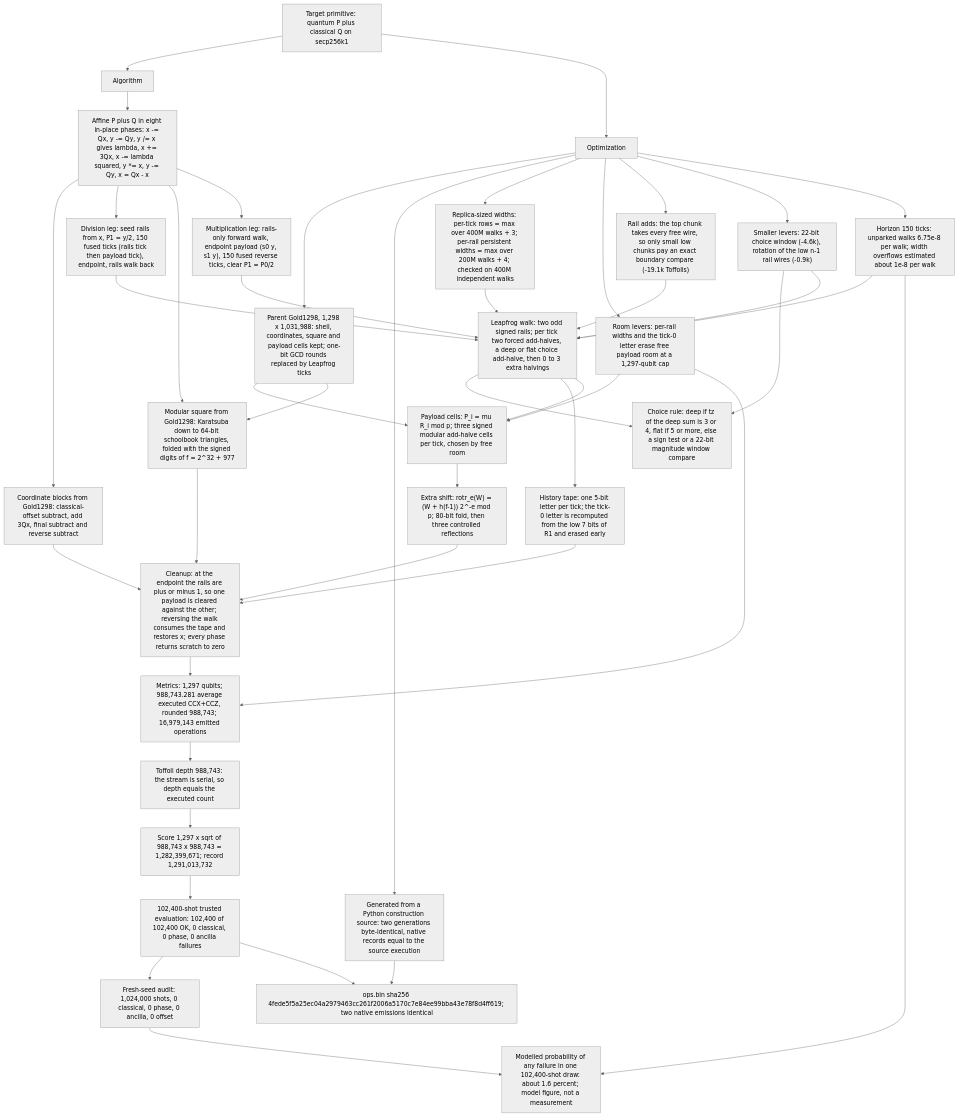
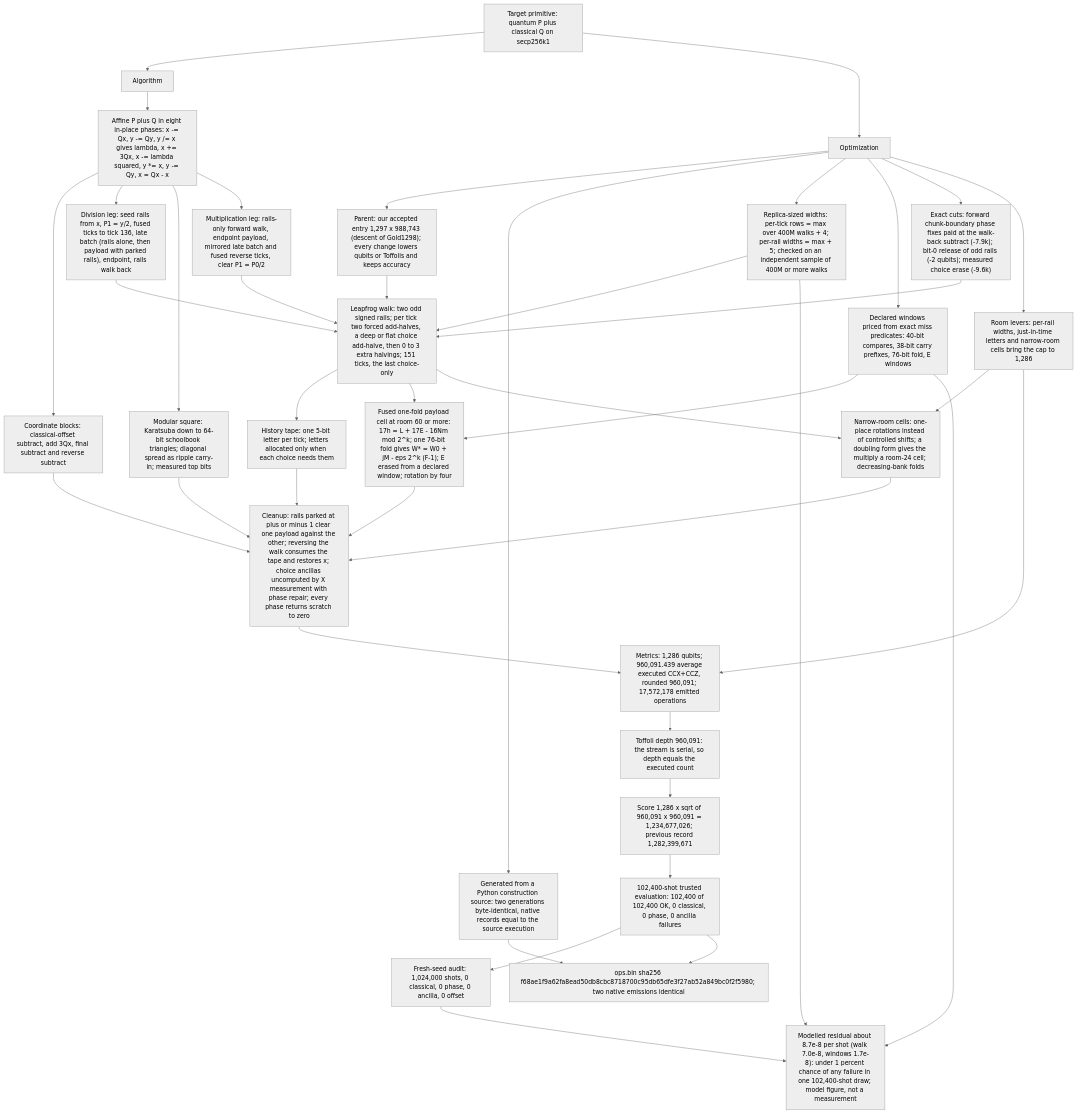
Before and after one commit to ecdlp-contest/ecdlp-point-add: the diagram in src/point_add/architecture.mmd, drawn with Mermaid (neutral theme). The commit also changed 2 other files, not shown here.

```diff
--- a/src/point_add/architecture.mmd
+++ b/src/point_add/architecture.mmd
@@ -1,81 +1,76 @@
 flowchart TD
   Target["Target primitive: quantum P plus classical Q on secp256k1"]
   Algorithm["Algorithm"]
   Optimization["Optimization"]
 
   Target --> Algorithm
   Target --> Optimization
 
   %% Algorithm: the reversible point-add construction
   Phases["Affine P plus Q in eight in-place phases: x -= Qx, y -= Qy, y /= x gives lambda, x += 3Qx, x -= lambda squared, y *= x, y -= Qy, x = Qx - x"]
-  Coord["Coordinate blocks from Gold1298: classical-offset subtract, add 3Qx, final subtract and reverse subtract"]
-  Square["Modular square from Gold1298: Karatsuba down to 64-bit schoolbook triangles, folded with the signed digits of f = 2^32 + 977"]
-  DivLeg["Division leg: seed rails from x, P1 = y/2, 150 fused ticks (rails tick then payload tick), endpoint, rails walk back"]
-  MulLeg["Multiplication leg: rails-only forward walk, endpoint payload (s0 y, s1 y), 150 fused reverse ticks, clear P1 = P0/2"]
-  Walk["Leapfrog walk: two odd signed rails; per tick two forced add-halves, a deep or flat choice add-halve, then 0 to 3 extra halvings"]
-  Choice["Choice rule: deep if tz of the deep sum is 3 or 4, flat if 5 or more, else a sign test or a 22-bit magnitude window compare"]
-  Tape["History tape: one 5-bit letter per tick; the tick-0 letter is recomputed from the low 7 bits of R1 and erased early"]
-  Cells["Payload cells: P_i = mu R_i mod p; three signed modular add-halve cells per tick, chosen by free room"]
-  Rot["Extra shift: rotr_e(W) = (W + h(f-1)) 2^-e mod p; 80-bit fold, then three controlled reflections"]
-  Cleanup["Cleanup: at the endpoint the rails are plus or minus 1, so one payload is cleared against the other; reversing the walk consumes the tape and restores x; every phase returns scratch to zero"]
+  Coord["Coordinate blocks: classical-offset subtract, add 3Qx, final subtract and reverse subtract"]
+  Square["Modular square: Karatsuba down to 64-bit schoolbook triangles; diagonal spread as ripple carry-in; measured top bits"]
+  DivLeg["Division leg: seed rails from x, P1 = y/2, fused ticks to tick 136, late batch (rails alone, then payload with parked rails), endpoint, rails walk back"]
+  MulLeg["Multiplication leg: rails-only forward walk, endpoint payload, mirrored late batch and fused reverse ticks, clear P1 = P0/2"]
+  Walk["Leapfrog walk: two odd signed rails; per tick two forced add-halves, a deep or flat choice add-halve, then 0 to 3 extra halvings; 151 ticks, the last choice-only"]
+  Tape["History tape: one 5-bit letter per tick; letters allocated only when each choice needs them"]
+  Fused["Fused one-fold payload cell at room 60 or more: 17h = L + 17E - 16Nm mod 2^k; one 76-bit fold gives W* = W0 + jM - eps 2^k (F-1); E erased from a declared window; rotation by four"]
+  Narrow["Narrow-room cells: one-place rotations instead of controlled shifts; a doubling form gives the multiply a room-24 cell; decreasing-bank folds"]
+  Cleanup["Cleanup: rails parked at plus or minus 1 clear one payload against the other; reversing the walk consumes the tape and restores x; choice ancillas uncomputed by X measurement with phase repair; every phase returns scratch to zero"]
 
   Algorithm --> Phases
   Phases --> Coord
   Phases --> DivLeg
   Phases --> Square
   Phases --> MulLeg
   DivLeg --> Walk
   MulLeg --> Walk
-  Walk --> Choice
   Walk --> Tape
-  Walk --> Cells
-  Cells --> Rot
+  Walk --> Fused
+  Walk --> Narrow
   Tape --> Cleanup
-  Rot --> Cleanup
+  Fused --> Cleanup
+  Narrow --> Cleanup
   Coord --> Cleanup
   Square --> Cleanup
 
   %% Optimization: score and reliability decisions
-  Parent["Parent Gold1298, 1,298 x 1,031,988: shell, coordinates, square and payload cells kept; one-bit GCD rounds replaced by Leapfrog ticks"]
+  Parent["Parent: our accepted entry 1,297 x 988,743 (descent of Gold1298); every change lowers qubits or Toffolis and keeps accuracy"]
   Source["Generated from a Python construction source: two generations byte-identical, native records equal to the source execution"]
-  Rows["Replica-sized widths: per-tick rows = max over 400M walks + 3; per-rail persistent widths = max over 200M walks + 4; checked on 400M independent walks"]
-  Room["Room levers: per-rail widths and the tick-0 letter erase free payload room at a 1,297-qubit cap"]
-  Chunks["Rail adds: the top chunk takes every free wire, so only small low chunks pay an exact boundary compare (-19.1k Toffolis)"]
-  Small["Smaller levers: 22-bit choice window (-4.6k), rotation of the low n-1 rail wires (-0.9k)"]
-  Horizon["Horizon 150 ticks: unparked walks 6.75e-8 per walk; width overflows estimated about 1e-8 per walk"]
+  Rows["Replica-sized widths: per-tick rows = max over 400M walks + 4; per-rail widths = max + 5; checked on an independent sample of 400M or more walks"]
+  Windows["Declared windows priced from exact miss predicates: 40-bit compares, 38-bit carry prefixes, 76-bit fold, E windows"]
+  Exact["Exact cuts: forward chunk-boundary phase fixes paid at the walk-back subtract (-7.9k); bit-0 release of odd rails (-2 qubits); measured choice erase (-9.6k)"]
+  Room["Room levers: per-rail widths, just-in-time letters and narrow-room cells bring the cap to 1,286"]
 
   Optimization --> Parent
   Optimization --> Source
   Optimization --> Rows
+  Optimization --> Windows
+  Optimization --> Exact
   Optimization --> Room
-  Optimization --> Chunks
-  Optimization --> Small
-  Optimization --> Horizon
-  Parent --> Cells
-  Parent --> Square
+  Parent --> Walk
   Rows --> Walk
-  Room --> Cells
-  Chunks --> Walk
-  Small --> Choice
-  Small --> Walk
-  Horizon --> Walk
+  Windows --> Fused
+  Exact --> Walk
+  Room --> Narrow
 
   %% Metrics, depth and validation evidence
-  Metrics["Metrics: 1,297 qubits; 988,743.281 average executed CCX+CCZ, rounded 988,743; 16,979,143 emitted operations"]
-  Depth["Toffoli depth 988,743: the stream is serial, so depth equals the executed count"]
-  Score["Score 1,297 x sqrt of 988,743 x 988,743 = 1,282,399,671; record 1,291,013,732"]
+  Metrics["Metrics: 1,286 qubits; 960,091.439 average executed CCX+CCZ, rounded 960,091; 17,572,178 emitted operations"]
+  Depth["Toffoli depth 960,091: the stream is serial, so depth equals the executed count"]
+  Score["Score 1,286 x sqrt of 960,091 x 960,091 = 1,234,677,026; previous record 1,282,399,671"]
   Validation["102,400-shot trusted evaluation: 102,400 of 102,400 OK, 0 classical, 0 phase, 0 ancilla failures"]
   Audit["Fresh-seed audit: 1,024,000 shots, 0 classical, 0 phase, 0 ancilla, 0 offset"]
-  Model["Modelled probability of any failure in one 102,400-shot draw: about 1.6 percent; model figure, not a measurement"]
-  Artifact["ops.bin sha256 4fede5f5a25ec04a2979463cc261f2006a5170c7e84ee99bba43e78f8d4ff619; two native emissions identical"]
+  Model["Modelled residual about 8.7e-8 per shot (walk 7.0e-8, windows 1.7e-8): under 1 percent chance of any failure in one 102,400-shot draw; model figure, not a measurement"]
+  Artifact["ops.bin sha256 f68ae1f9a62fa8ead50db8cbc8718700c95db65dfe3f27ab52a849bc0f2f5980; two native emissions identical"]
 
   Cleanup --> Metrics
   Room --> Metrics
   Metrics --> Depth
   Depth --> Score
   Score --> Validation
   Validation --> Audit
-  Horizon --> Model
+  Rows --> Model
+  Windows --> Model
   Audit --> Model
   Validation --> Artifact
   Source --> Artifact
```
